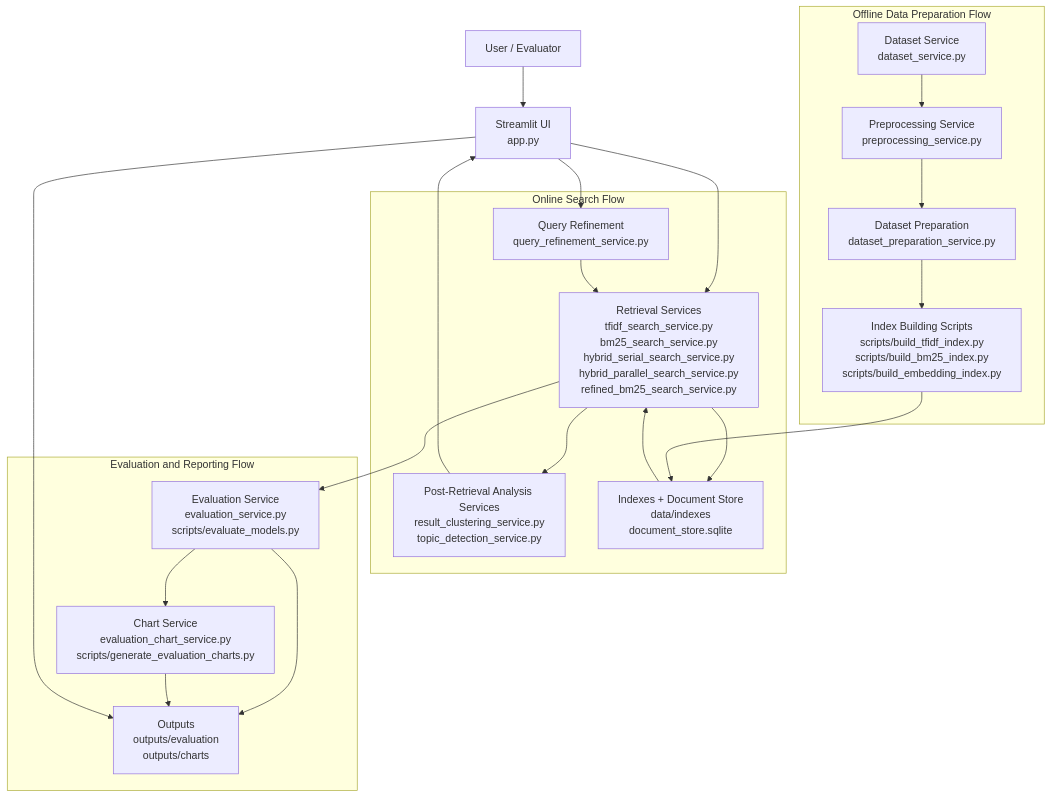
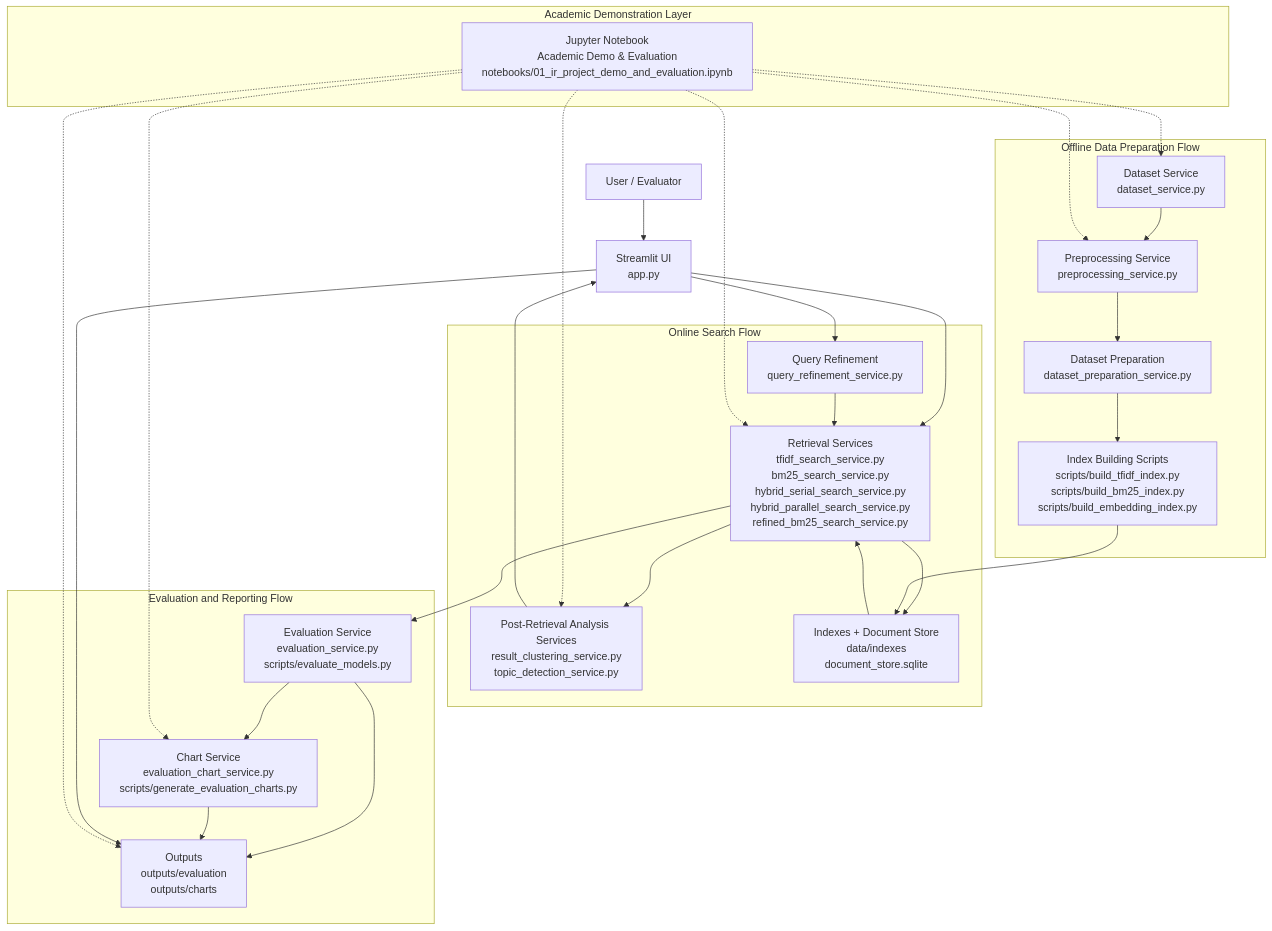
The diagram in report/architecture_diagram.md (maya-mahairy/information-retrieval-system), drawn with Mermaid before and after one commit. The commit also changed other lines of this file and 3 other files, not shown here.

Commit message:
Document academic notebook in project architecture

````diff
--- a/report/architecture_diagram.md
+++ b/report/architecture_diagram.md
@@ -1,50 +1,61 @@
 ```mermaid
 flowchart TD
 
     USER["User / Evaluator"]
     UI["Streamlit UI<br/>app.py"]
 
     USER --> UI
 
     subgraph ONLINE["Online Search Flow"]
         QR["Query Refinement<br/>query_refinement_service.py"]
         RET["Retrieval Services<br/>tfidf_search_service.py<br/>bm25_search_service.py<br/>hybrid_serial_search_service.py<br/>hybrid_parallel_search_service.py<br/>refined_bm25_search_service.py"]
         ANALYSIS["Post-Retrieval Analysis Services<br/>result_clustering_service.py<br/>topic_detection_service.py"]
         STORE["Indexes + Document Store<br/>data/indexes<br/>document_store.sqlite"]
     end
 
     subgraph OFFLINE["Offline Data Preparation Flow"]
         DS["Dataset Service<br/>dataset_service.py"]
         PREP["Preprocessing Service<br/>preprocessing_service.py"]
         DPREP["Dataset Preparation<br/>dataset_preparation_service.py"]
         BUILD["Index Building Scripts<br/>scripts/build_tfidf_index.py<br/>scripts/build_bm25_index.py<br/>scripts/build_embedding_index.py"]
     end
 
     subgraph EVALUATION["Evaluation and Reporting Flow"]
         EV["Evaluation Service<br/>evaluation_service.py<br/>scripts/evaluate_models.py"]
         CH["Chart Service<br/>evaluation_chart_service.py<br/>scripts/generate_evaluation_charts.py"]
         OUT["Outputs<br/>outputs/evaluation<br/>outputs/charts"]
     end
 
+    subgraph ACADEMIC["Academic Demonstration Layer"]
+        NB["Jupyter Notebook<br/>Academic Demo &amp; Evaluation<br/>notebooks/01_ir_project_demo_and_evaluation.ipynb"]
+    end
+
     UI --> QR
     UI --> RET
     QR --> RET
 
     RET --> STORE
     STORE --> RET
 
     RET --> ANALYSIS
     ANALYSIS --> UI
 
     DS --> PREP
     PREP --> DPREP
     DPREP --> BUILD
     BUILD --> STORE
 
     RET --> EV
     EV --> CH
     EV --> OUT
     CH --> OUT
 
     UI --> OUT
+
+    NB -.-> DS
+    NB -.-> PREP
+    NB -.-> RET
+    NB -.-> OUT
+    NB -.-> CH
+    NB -.-> ANALYSIS
 ```
````
